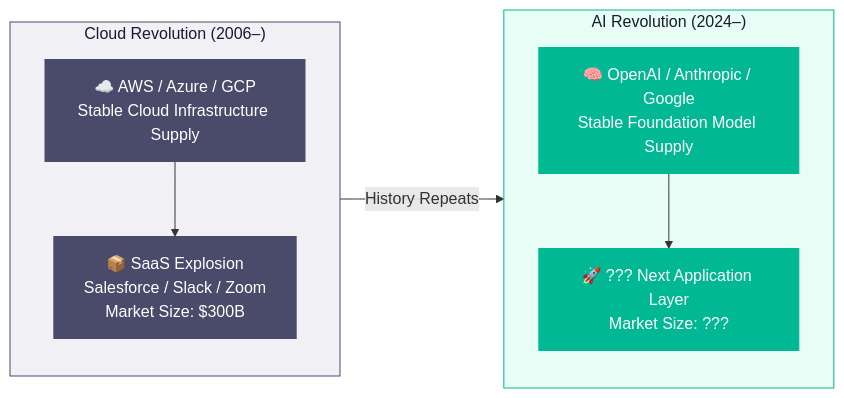
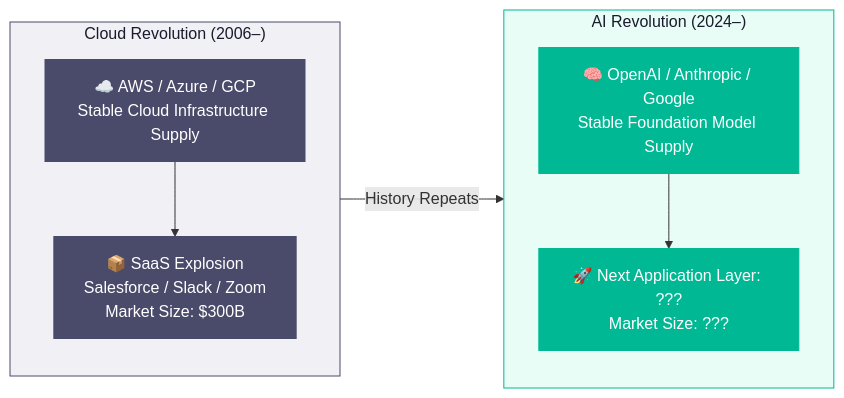
One commit to Leading-AI-IO/saas-is-dead-the-next-ai-business-model changed the first of 10 diagrams in docs/en/saas-is-dead_EN.md. Above: the diagram before and after it, drawn with Mermaid.

````diff
--- a/docs/en/saas-is-dead_EN.md
+++ b/docs/en/saas-is-dead_EN.md
@@ -94,25 +94,25 @@
 ```mermaid
 flowchart LR
     subgraph ERA1["Cloud Revolution (2006–)"]
         direction TB
         A1["☁️ AWS / Azure / GCP\nStable Cloud Infrastructure Supply"]
         A2["📦 SaaS Explosion\nSalesforce / Slack / Zoom\nMarket Size: $300B"]
         A1 --> A2
     end
 
     subgraph ERA2["AI Revolution (2024–)"]
         direction TB
         B1["🧠 OpenAI / Anthropic / Google\nStable Foundation Model Supply"]
-        B2["🚀 ??? Next Application Layer\nMarket Size: ???"]
+        B2["🚀 Next Application Layer: ???\nMarket Size: ???"]
         B1 --> B2
     end
 
     ERA1 -- "History Repeats" --> ERA2
 
     style ERA1 fill:#f0f0f5,stroke:#4a4a6a,color:#1a1a2e
     style ERA2 fill:#e8fdf5,stroke:#00b894,color:#1a1a2e
     style A1 fill:#4a4a6a,stroke:#4a4a6a,color:#fff
     style A2 fill:#4a4a6a,stroke:#4a4a6a,color:#fff
     style B1 fill:#00b894,stroke:#00b894,color:#fff
     style B2 fill:#00b894,stroke:#00b894,color:#fff
 ```
````
